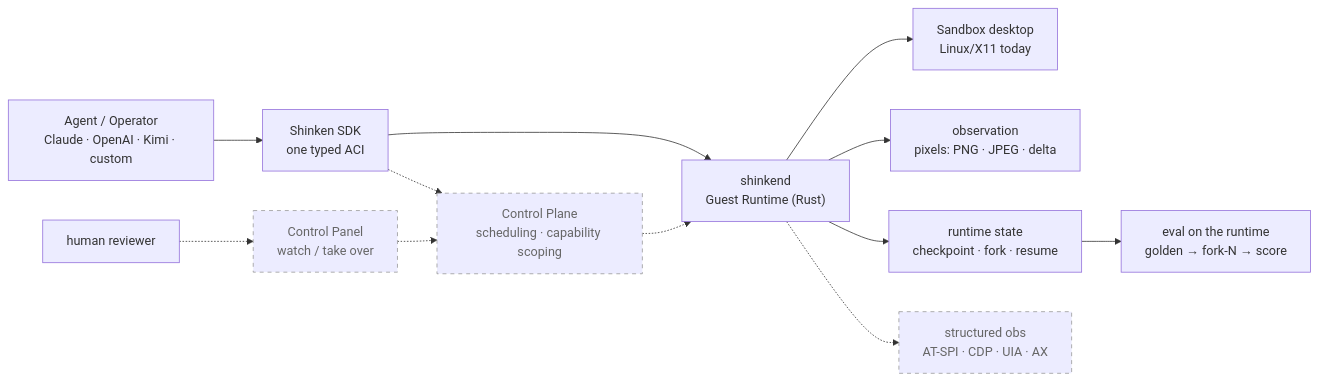
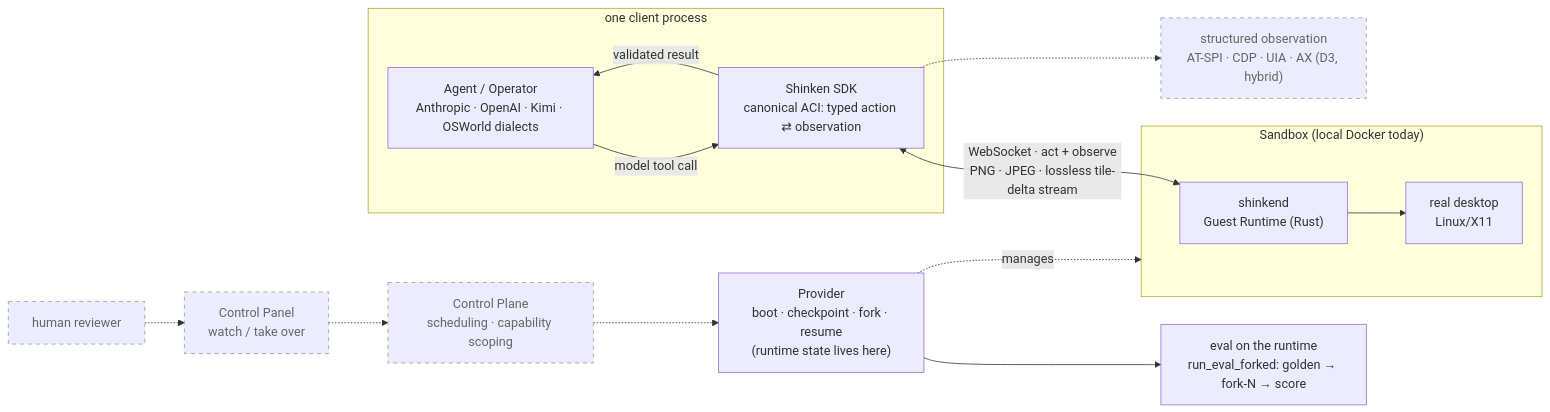
Before and after one commit to Meirtz/Shinken: the diagram in README.md, drawn with Mermaid. The commit also changed other lines of this file and 42 other files, not shown here.

First line of the commit message:
bench+docs: paper-grade artifact overhaul — measured 1024-session client plane, 64-sandbox fan-out, 32-replica fork; one benchmark canon; honest README (#258)

````diff
--- a/README.md
+++ b/README.md
@@ -59,16 +87,21 @@
 ```mermaid
 flowchart LR
-  Agent["Agent / Operator<br/>Claude · OpenAI · Kimi · custom"] --> SDK["Shinken SDK<br/>one typed ACI"]
-  SDK --> SK["shinkend<br/>Guest Runtime (Rust)"]
-  SK --> Desktop["Sandbox desktop<br/>Linux/X11 today"]
-  SK --> Obs["observation<br/>pixels: PNG · JPEG · delta"]
-  SK --> State["runtime state<br/>checkpoint · fork · resume"]
-  State --> Eval["eval on the runtime<br/>golden → fork-N → score"]
+  subgraph proc["one client process"]
+    Agent["Agent / Operator<br/>Anthropic · OpenAI · Kimi · OSWorld dialects"]
+    SDK["Shinken SDK<br/>canonical ACI: typed action ⇄ observation"]
+    Agent -->|model tool call| SDK
+    SDK -->|validated result| Agent
+  end
+  subgraph box["Sandbox (local Docker today)"]
+    SK["shinkend<br/>Guest Runtime (Rust)"] --> Desktop["real desktop<br/>Linux/X11"]
+  end
+  SDK <-->|"WebSocket · act + observe<br/>PNG · JPEG · lossless tile-delta stream"| SK
+  Provider["Provider<br/>boot · checkpoint · fork · resume<br/>(runtime state lives here)"] -.manages.-> box
+  Provider --> Eval["eval on the runtime<br/>run_eval_forked: golden → fork-N → score"]
 
-  SDK -.-> CP["Control Plane<br/>scheduling · capability scoping"]:::d
-  CP -.-> SK
-  SK -.-> A11Y["structured obs<br/>AT-SPI · CDP · UIA · AX"]:::d
-  Human["human reviewer"] -.-> Panel["Control Panel<br/>watch / take over"]:::d
+  SDK -.-> A11Y["structured observation<br/>AT-SPI · CDP · UIA · AX (D3, hybrid)"]:::d
+  CP["Control Plane<br/>scheduling · capability scoping"]:::d -.-> Provider
+  Human["human reviewer"]:::d -.-> Panel["Control Panel<br/>watch / take over"]:::d
   Panel -.-> CP
   classDef d stroke-dasharray:5 5,stroke:#999,color:#666;
 ```
````
